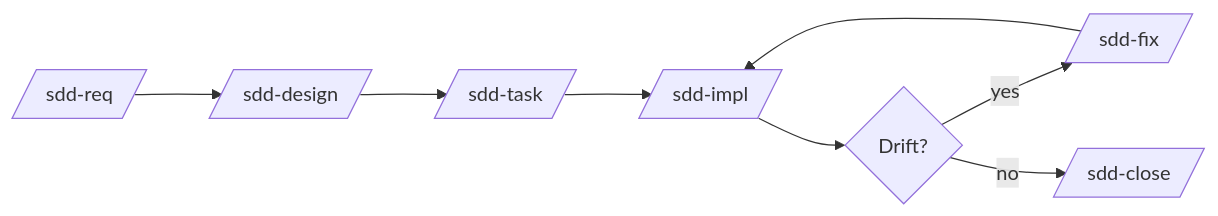
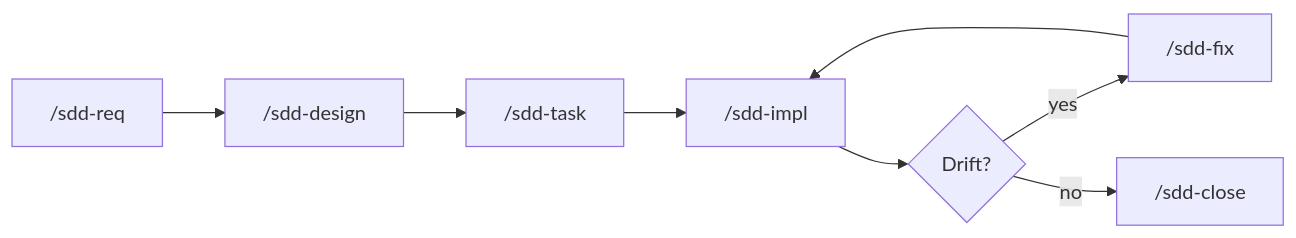
Before and after one commit to paterapatera/sdd-orc: the second of 2 diagrams in README.md, drawn with Mermaid. The commit also changed other lines of this file and 1 other file, not shown here.

Commit message:
docs: fix mermaid skill labels to show leading slash

````diff
--- a/README.md
+++ b/README.md
@@ -96,10 +96,10 @@
 ```mermaid
 flowchart LR
-  R[/sdd-req/] --> D[/sdd-design/]
-  D --> T[/sdd-task/]
-  T --> I[/sdd-impl/]
+  R["/sdd-req"] --> D["/sdd-design"]
+  D --> T["/sdd-task"]
+  T --> I["/sdd-impl"]
   I --> F{Drift?}
-  F -->|yes| X[/sdd-fix/]
+  F -->|yes| X["/sdd-fix"]
   X --> I
-  F -->|no| C[/sdd-close/]
+  F -->|no| C["/sdd-close"]
 ```
````
